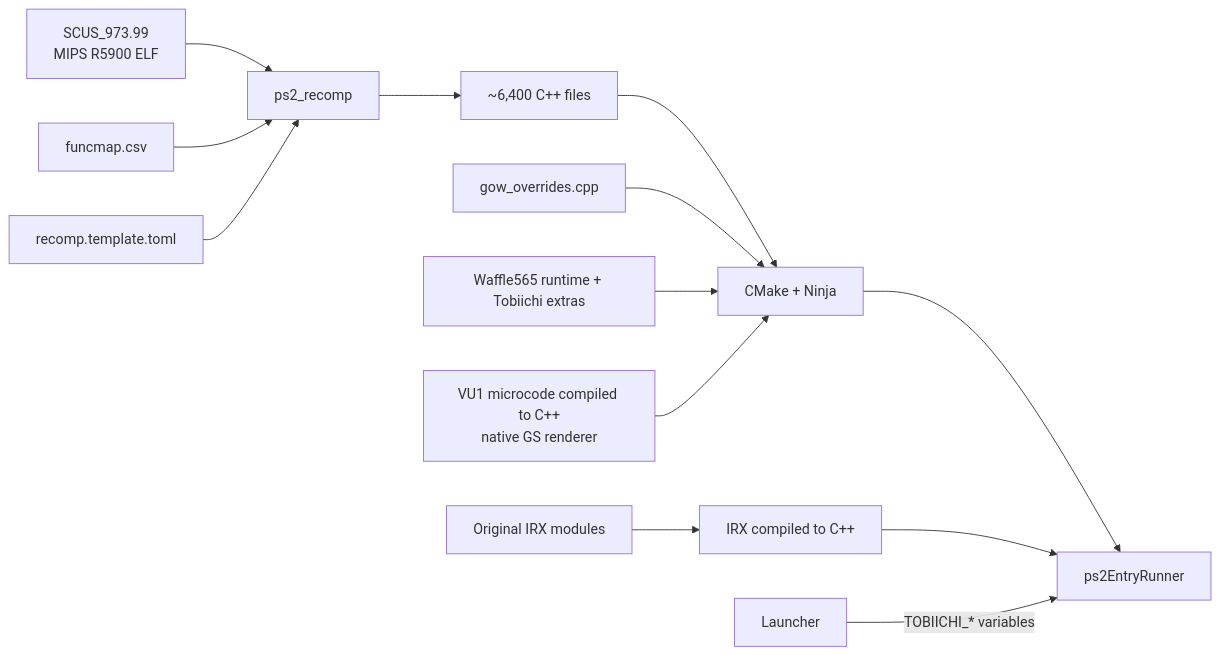
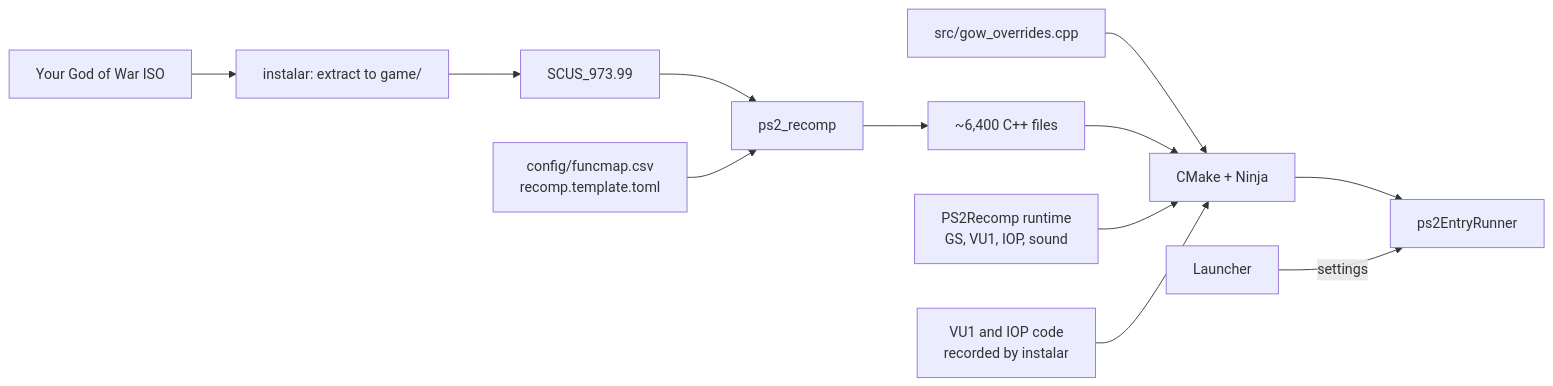
The diagram in README.md (YYOzcan/Tobiichi-Port), drawn with Mermaid before and after one commit. The commit also changed other lines of this file and 99 other files, not shown here.

````diff
--- a/README.md
+++ b/README.md
@@ -138,15 +207,14 @@
 ```mermaid
 flowchart LR
-    A[SCUS_973.99<br/>MIPS R5900 ELF] --> B[ps2_recomp]
-    M[funcmap.csv] --> B
-    C[recomp.template.toml] --> B
-    B --> D[~6,400 C++ files]
-    D --> E[CMake + Ninja]
-    O[gow_overrides.cpp] --> E
-    P[Waffle565 runtime + Tobiichi extras] --> E
-    V[VU1 microcode compiled to C++<br/>native GS renderer] --> E
-    E --> F[ps2EntryRunner]
-    I[Original IRX modules] --> G[IRX compiled to C++]
-    G --> F
-    L[Launcher] -->|TOBIICHI_* variables| F
+    ISO[Your God of War ISO] --> X[instalar: extract to game/]
+    X --> ELF[SCUS_973.99]
+    ELF --> R[ps2_recomp]
+    M[config/funcmap.csv<br/>recomp.template.toml] --> R
+    R --> C[~6,400 C++ files]
+    O[src/gow_overrides.cpp] --> B[CMake + Ninja]
+    C --> B
+    RT[PS2Recomp runtime<br/>GS, VU1, IOP, sound] --> B
+    V[VU1 and IOP code<br/>recorded by instalar] --> B
+    B --> G[ps2EntryRunner]
+    L[Launcher] -->|settings| G
 ```
````
